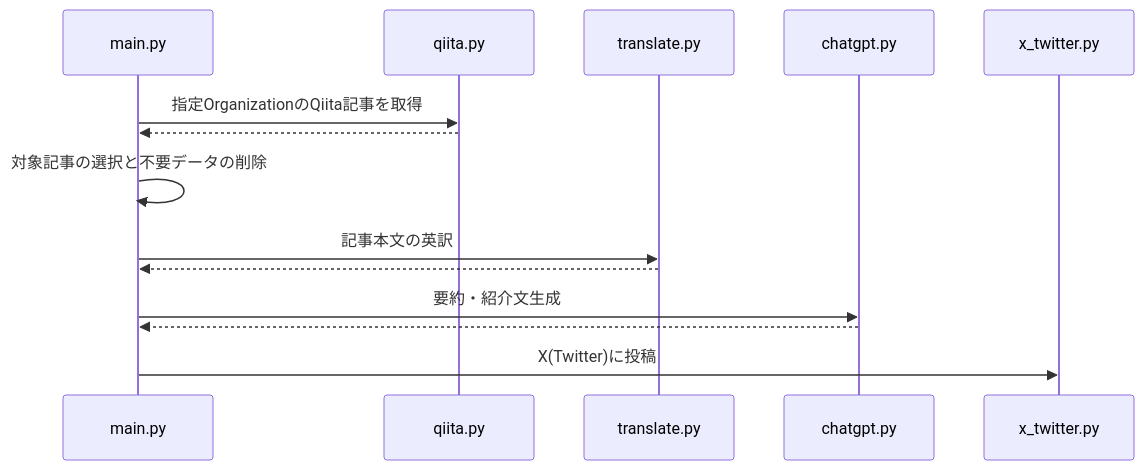
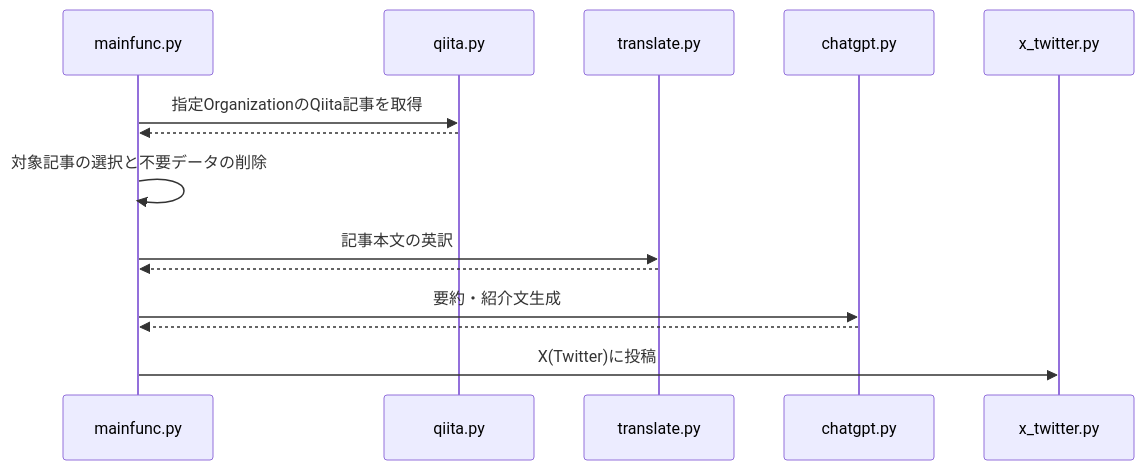
The diagram in README.md (yoshitakakurokawa/B67E-B467B67E-B467), drawn with Mermaid before and after one commit. The commit also changed other lines of this file, not shown here.

````diff
--- a/README.md
+++ b/README.md
@@ -26,17 +34,17 @@
 ```mermaid
 sequenceDiagram
-    participant main as main.py
+    participant main as mainfunc.py
     participant qiita as qiita.py
     participant translate as translate.py
     participant chatgpt as chatgpt.py
     participant twitter as x_twitter.py
 
     main->>qiita: 指定OrganizationのQiita記事を取得
     qiita-->>main: 
     main->>main: 対象記事の選択と不要データの削除
     main->>translate: 記事本文の英訳
     translate-->>main: 
     main->>chatgpt: 要約・紹介文生成
     chatgpt-->>main: 
     main->>twitter: X(Twitter)に投稿
 ```
````
